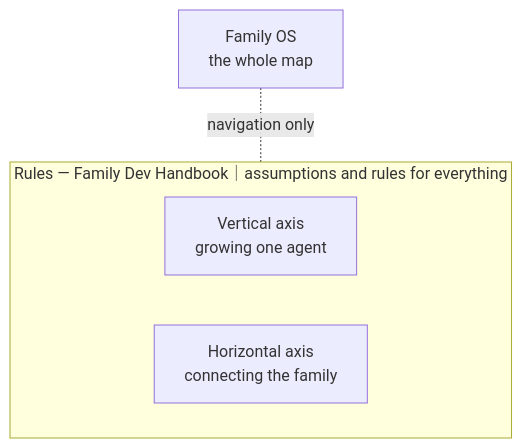
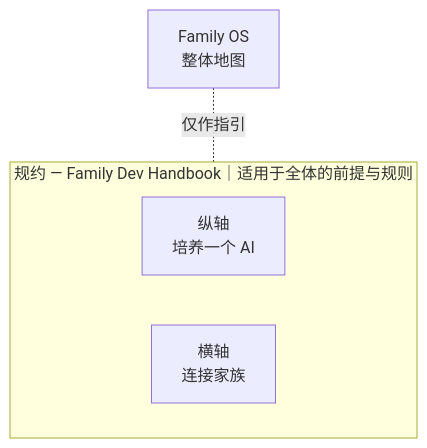
One commit to caty-ai/family-os changed the diagram in README.zh.md. Above: the diagram before and after it, drawn with Mermaid. The commit also changed other lines of this file and 9 other files, not shown here.

````diff
--- a/README.zh.md
+++ b/README.zh.md
@@ -188,12 +188,12 @@
 ```mermaid
 flowchart TB
-  OS["Family OS<br/>the whole map"]
+  OS["Family OS<br/>整体地图"]
 
-  subgraph Rule["Rules — Family Dev Handbook｜assumptions and rules for everything"]
+  subgraph Rule["规约 — Family Dev Handbook｜适用于全体的前提与规则"]
     direction LR
-    V["Vertical axis<br/>growing one agent"]
-    H["Horizontal axis<br/>connecting the family"]
+    V["纵轴<br/>培养一个 AI"]
+    H["横轴<br/>连接家族"]
   end
 
-  OS -.-|"navigation only"| Rule
+  OS -.-|"仅作指引"| Rule
 ```
````
